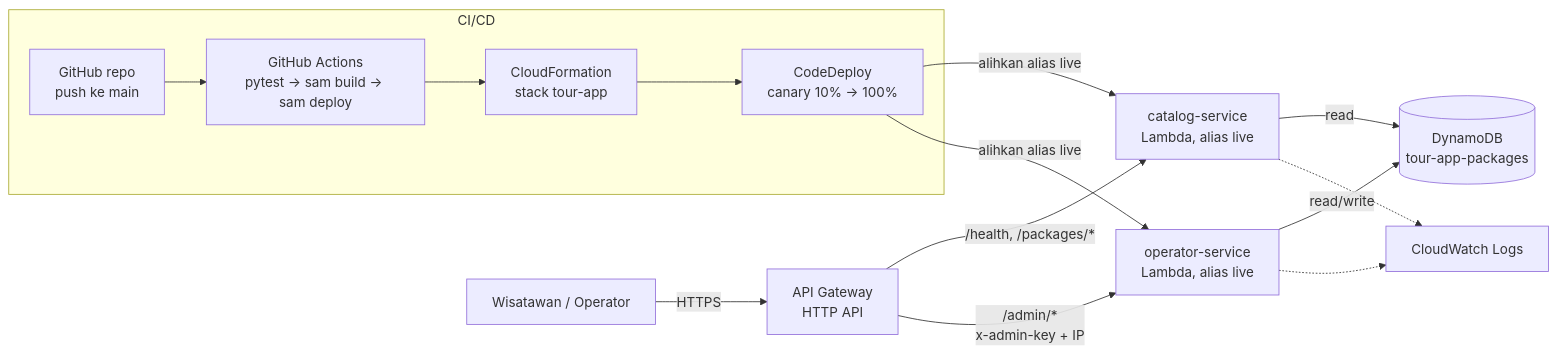
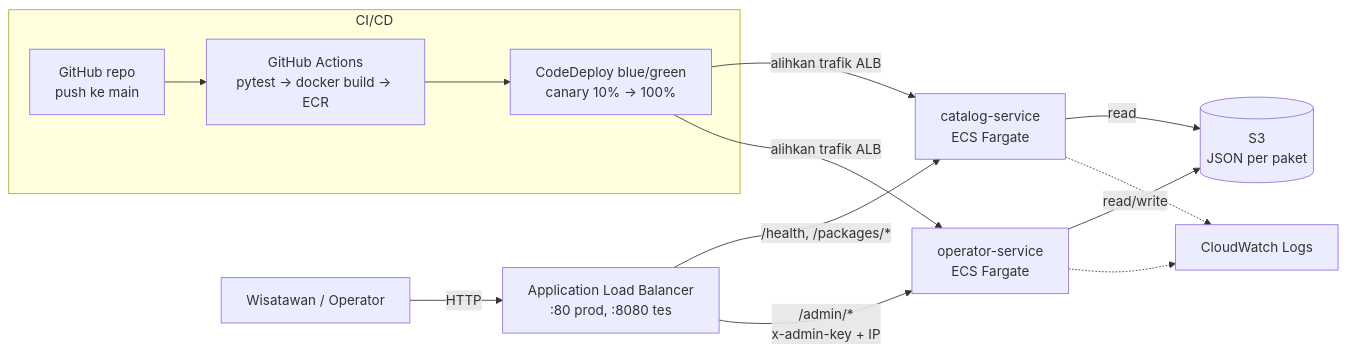
The diagram in README.md (dharumahendra/Packages-Tour_Cloud-Computing), drawn with Mermaid before and after one commit. The commit also changed other lines of this file and 29 other files, not shown here.

Commit message:
refactor: run catalog/operator on ECS Fargate + ALB + S3 with CodeDeploy blue/green (lab has no LabRole)

````diff
--- a/README.md
+++ b/README.md
@@ -38,18 +43,17 @@
 ```mermaid
 flowchart LR
-  U[Wisatawan / Operator] -->|HTTPS| API[API Gateway<br/>HTTP API]
-  API -->|/health, /packages/*| C[catalog-service<br/>Lambda, alias live]
-  API -->|/admin/*<br/>x-admin-key + IP| O[operator-service<br/>Lambda, alias live]
-  C -->|read| D[(DynamoDB<br/>tour-app-packages)]
-  O -->|read/write| D
+  U[Wisatawan / Operator] -->|HTTP| ALB[Application Load Balancer<br/>:80 prod, :8080 tes]
+  ALB -->|/health, /packages/*| C[catalog-service<br/>ECS Fargate]
+  ALB -->|/admin/*<br/>x-admin-key + IP| O[operator-service<br/>ECS Fargate]
+  C -->|read| S[(S3<br/>JSON per paket)]
+  O -->|read/write| S
   C -.-> CW[CloudWatch Logs]
   O -.-> CW
 
   subgraph CI/CD
-    G[GitHub repo<br/>push ke main] --> GA[GitHub Actions<br/>pytest → sam build → sam deploy]
-    GA --> CF[CloudFormation<br/>stack tour-app]
-    CF --> CD[CodeDeploy<br/>canary 10% → 100%]
+    G[GitHub repo<br/>push ke main] --> GA[GitHub Actions<br/>pytest → docker build → ECR]
+    GA --> CD[CodeDeploy blue/green<br/>canary 10% → 100%]
   end
-  CD -->|alihkan alias live| C
-  CD -->|alihkan alias live| O
+  CD -->|alihkan trafik ALB| C
+  CD -->|alihkan trafik ALB| O
 ```
````
